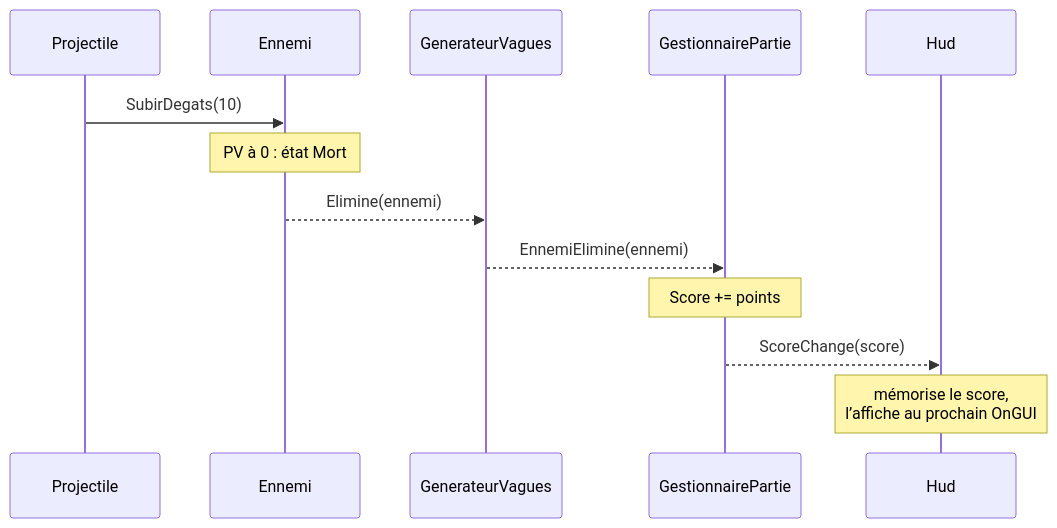
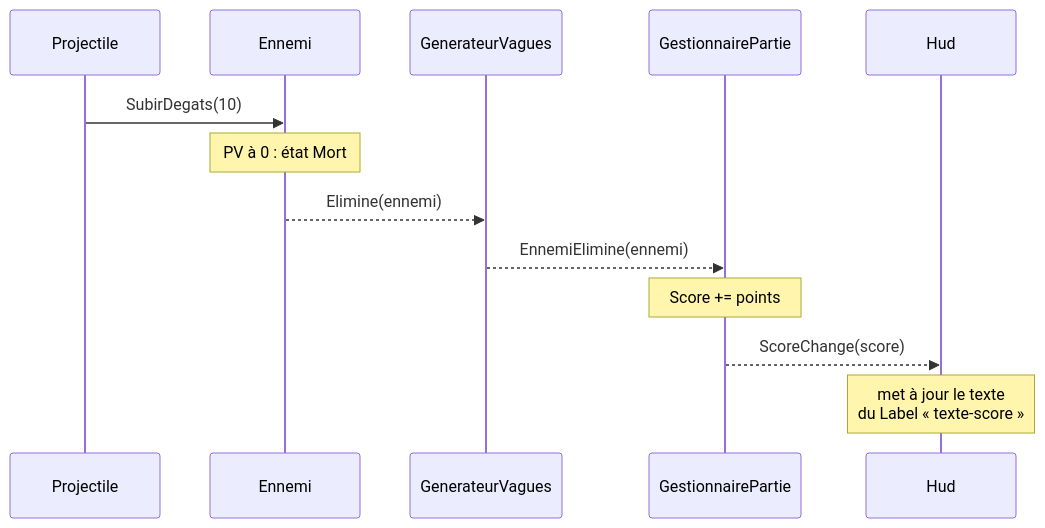
The diagram in Chapitre 3/4. La partie et le HUD.md (JulesGilli/object-oriented-programming-course), drawn with Mermaid before and after one commit. The commit also changed other lines of this file and 21 other files, not shown here.

````diff
--- a/Chapitre 3/4. La partie et le HUD.md
+++ b/Chapitre 3/4. La partie et le HUD.md
@@ -213,15 +213,15 @@
 ```mermaid
 sequenceDiagram
     participant P as Projectile
     participant E as Ennemi
     participant G as GenerateurVagues
     participant GP as GestionnairePartie
     participant H as Hud
     P->>E: SubirDegats(10)
     Note over E: PV à 0 : état Mort
     E-->>G: Elimine(ennemi)
     G-->>GP: EnnemiElimine(ennemi)
     Note over GP: Score += points
     GP-->>H: ScoreChange(score)
-    Note over H: mémorise le score,<br/>l’affiche au prochain OnGUI
+    Note over H: met à jour le texte<br/>du Label « texte-score »
 ```
````
